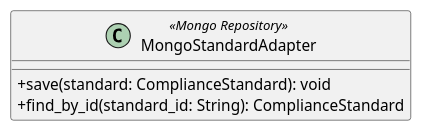
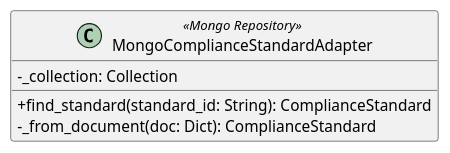
Before and after one commit to GroupRubberDuck/Documentazione: the diagram in src/PB/DocumentazioneEsterna/Specifica_Tecnica/content/uml/puml/Diagrammi_classi/Backend/OutboundAdapters/MongoStandardAdapter.puml, drawn with PlantUML. The commit also changed 34 other files, not shown here.

```diff
--- a/src/PB/DocumentazioneEsterna/Specifica_Tecnica/content/uml/puml/Diagrammi_classi/Backend/OutboundAdapters/MongoStandardAdapter.puml
+++ b/src/PB/DocumentazioneEsterna/Specifica_Tecnica/content/uml/puml/Diagrammi_classi/Backend/OutboundAdapters/MongoStandardAdapter.puml
@@ -1,8 +1,10 @@
-@startuml MongoStandardAdapter
+@startuml MongoComplianceStandardAdapter
 skinparam classAttributeIconSize 0
-class MongoStandardAdapter <<Mongo Repository>> {
-    + save(standard: ComplianceStandard): void
-    + find_by_id(standard_id: String): ComplianceStandard
+
+class MongoComplianceStandardAdapter <<Mongo Repository>> {
+    - _collection: Collection
+    + find_standard(standard_id: String): ComplianceStandard
+    - _from_document(doc: Dict): ComplianceStandard
 }
 
 @enduml
```
